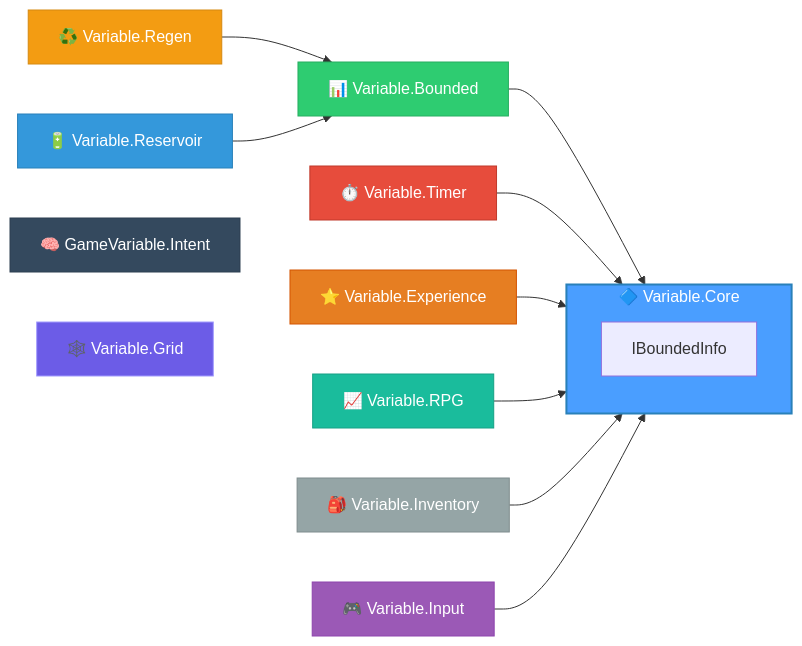
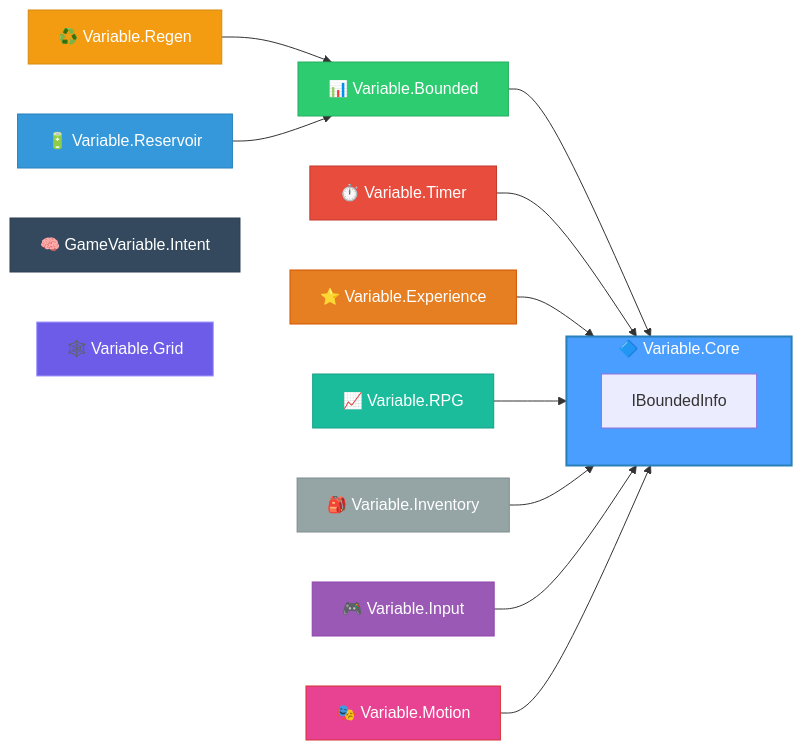
Before and after one commit to IAFahim/GameVariable: the diagram in README.md, drawn with Mermaid. The commit also changed other lines of this file and 13 other files, not shown here.

First line of the commit message:
feat: add Variable.Motion package for zero-alloc tweens and springs

````diff
--- a/README.md
+++ b/README.md
@@ -79,29 +79,31 @@
 ```mermaid
 graph LR
     subgraph Core["🔷 Variable.Core"]
         IBoundedInfo["IBoundedInfo"]
     end
     
     Bounded["📊 Variable.Bounded"] --> Core
     Timer["⏱️ Variable.Timer"] --> Core
     Regen["♻️ Variable.Regen"] --> Bounded
     Reservoir["🔋 Variable.Reservoir"] --> Bounded
     Experience["⭐ Variable.Experience"] --> Core
     RPG["📈 Variable.RPG"] --> Core
     Inventory["🎒 Variable.Inventory"] --> Core
     Input["🎮 Variable.Input"] --> Core
     Intent["🧠 GameVariable.Intent"]
     Grid["🕸️ Variable.Grid"]
+    Motion["🎭 Variable.Motion"] --> Core
     
     style Core fill:#4a9eff,stroke:#2980b9,stroke-width:2px,color:#fff
     style Bounded fill:#2ecc71,stroke:#27ae60,color:#fff
     style Timer fill:#e74c3c,stroke:#c0392b,color:#fff
     style Regen fill:#f39c12,stroke:#d68910,color:#fff
     style Reservoir fill:#3498db,stroke:#2980b9,color:#fff
     style Experience fill:#e67e22,stroke:#d35400,color:#fff
     style RPG fill:#1abc9c,stroke:#16a085,color:#fff
     style Inventory fill:#95a5a6,stroke:#7f8c8d,color:#fff
     style Input fill:#9b59b6,stroke:#8e44ad,color:#fff
     style Intent fill:#34495e,stroke:#2c3e50,color:#fff
     style Grid fill:#6c5ce7,stroke:#a29bfe,color:#fff
+    style Motion fill:#e84393,stroke:#d63031,color:#fff
 ```
````
